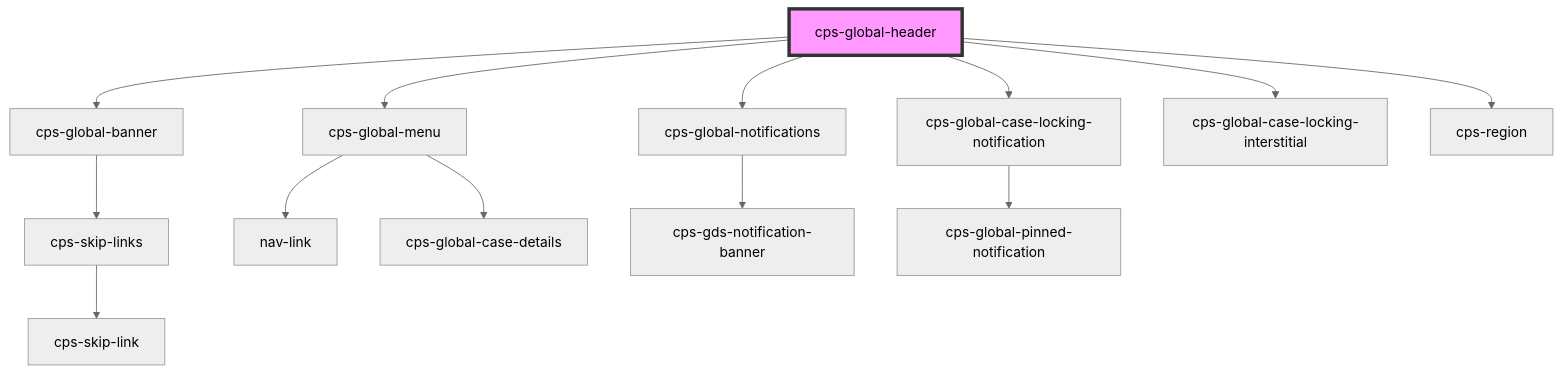
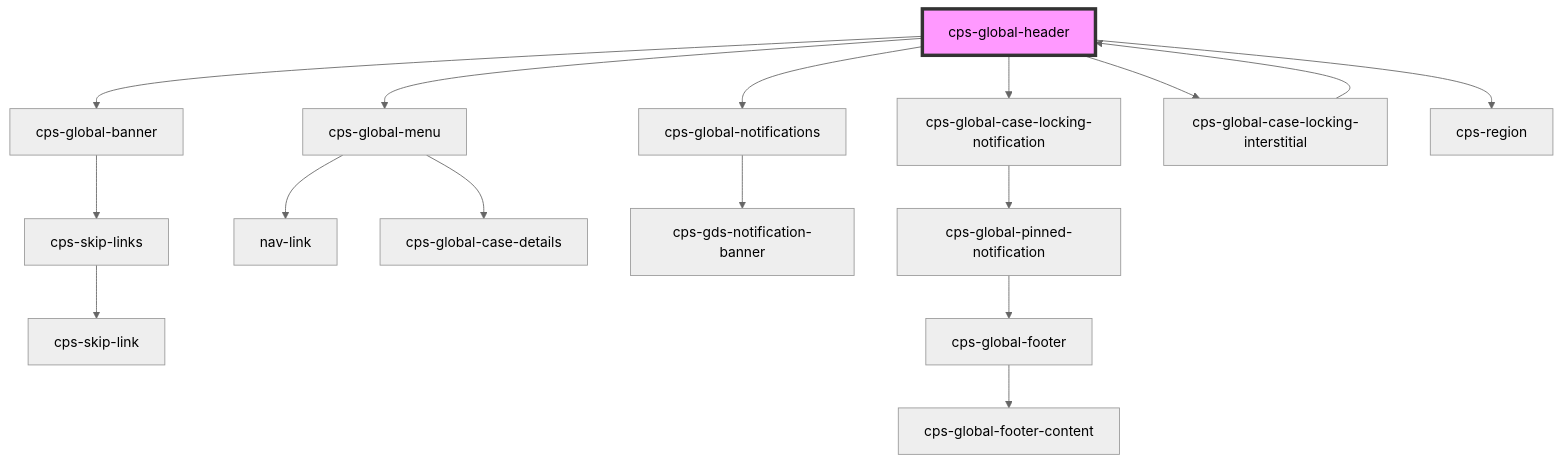
One commit to CPS-Innovation/global-components changed the diagram in packages/cps-global-components/src/components/cps-global-header/readme.md. Above: the diagram before and after it, drawn with Mermaid (neutral theme). The commit also changed other lines of this file and 14 other files, not shown here.

Commit message:
#FCT2-21274 - add interstitial and new format pinned notification (#1067)

````diff
--- a/packages/cps-global-components/src/components/cps-global-header/readme.md
+++ b/packages/cps-global-components/src/components/cps-global-header/readme.md
@@ -27,16 +32,19 @@
 ```mermaid
 graph TD;
   cps-global-header --> cps-global-banner
   cps-global-header --> cps-global-menu
   cps-global-header --> cps-global-notifications
   cps-global-header --> cps-global-case-locking-notification
   cps-global-header --> cps-global-case-locking-interstitial
   cps-global-header --> cps-region
   cps-global-banner --> cps-skip-links
   cps-skip-links --> cps-skip-link
   cps-global-menu --> nav-link
   cps-global-menu --> cps-global-case-details
   cps-global-notifications --> cps-gds-notification-banner
   cps-global-case-locking-notification --> cps-global-pinned-notification
+  cps-global-pinned-notification --> cps-global-footer
+  cps-global-footer --> cps-global-footer-content
+  cps-global-case-locking-interstitial --> cps-global-header
   style cps-global-header fill:#f9f,stroke:#333,stroke-width:4px
 ```
````
